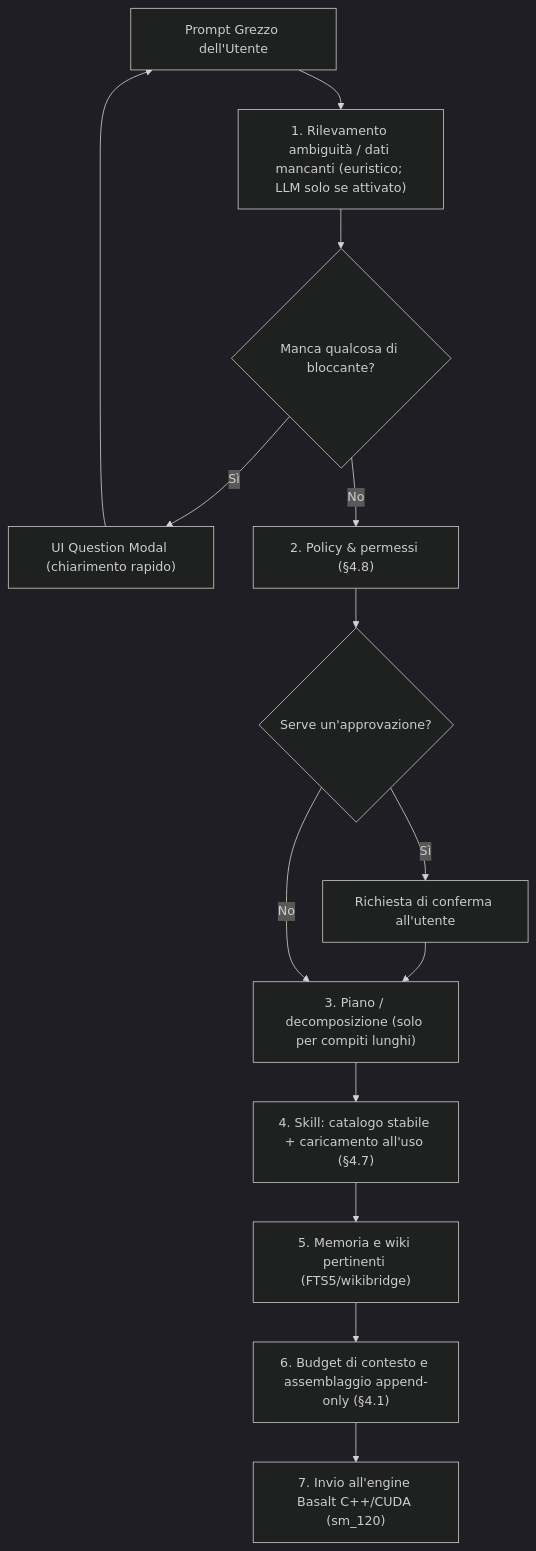
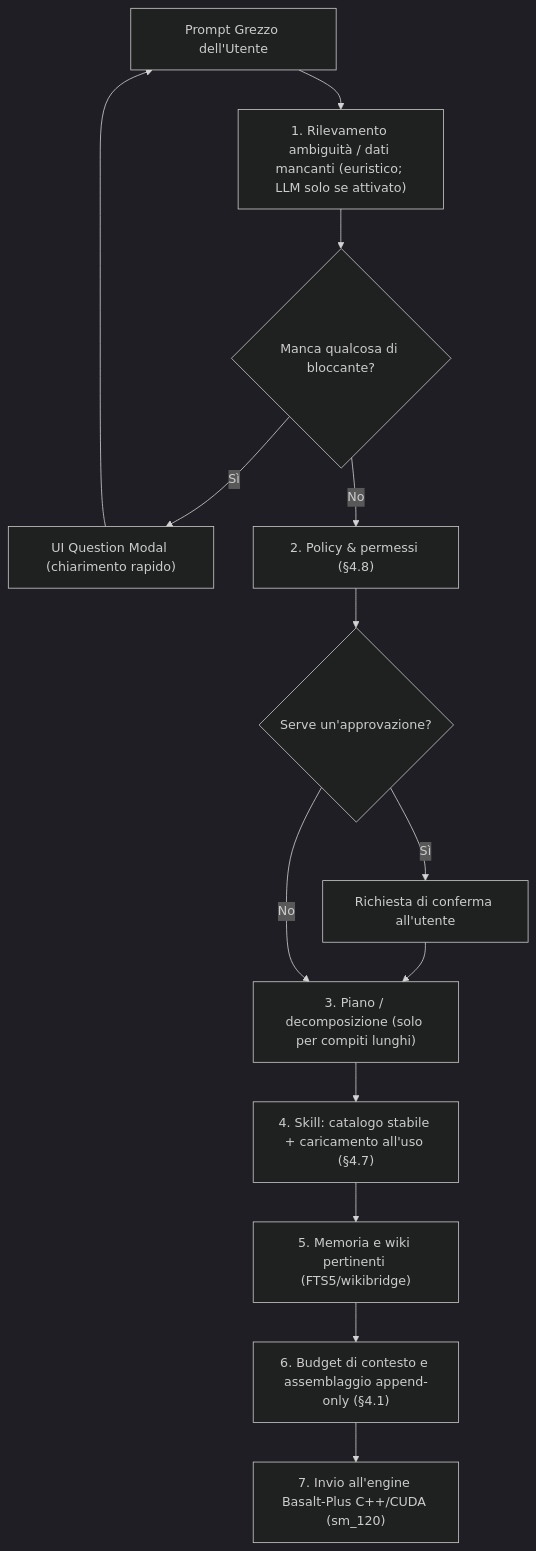
Before and after one commit to nuspy/tadamoo: the fourth of 7 diagrams in the_way_to_the_moon.md, drawn with Mermaid (dark theme). The commit also changed other lines of this file and 163 other files, not shown here.

First line of the commit message:
rename: the product name in prose becomes TaDaMoo and the engine's becomes Basalt-Plus

````diff
--- a/the_way_to_the_moon.md
+++ b/the_way_to_the_moon.md
@@ -725,16 +725,16 @@
 ```mermaid
 flowchart TD
     Raw["Prompt Grezzo dell'Utente"] --> Ambiguity["1. Rilevamento ambiguità / dati mancanti (euristico; LLM solo se attivato)"]
     Ambiguity --> CheckAmb{"Manca qualcosa di bloccante?"}
     CheckAmb -- Sì --> Modal["UI Question Modal (chiarimento rapido)"]
     Modal --> Raw
     CheckAmb -- No --> Safety["2. Policy & permessi (§4.8)"]
     Safety --> CheckSafe{"Serve un'approvazione?"}
     CheckSafe -- Sì --> Auth["Richiesta di conferma all'utente"]
     Auth --> Decomp["3. Piano / decomposizione (solo per compiti lunghi)"]
     CheckSafe -- No --> Decomp
     Decomp --> SkillRoute["4. Skill: catalogo stabile + caricamento all'uso (§4.7)"]
     SkillRoute --> MemoryInj["5. Memoria e wiki pertinenti (FTS5/wikibridge)"]
     MemoryInj --> Budget["6. Budget di contesto e assemblaggio append-only (§4.1)"]
-    Budget --> Engine["7. Invio all'engine Basalt C++/CUDA (sm_120)"]
+    Budget --> Engine["7. Invio all'engine Basalt-Plus C++/CUDA (sm_120)"]
 ```
````
